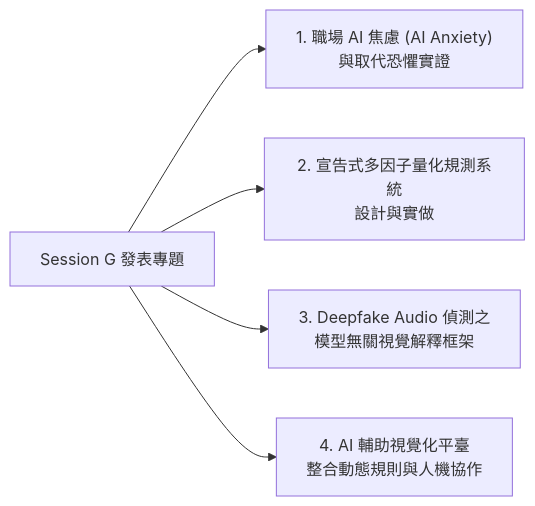
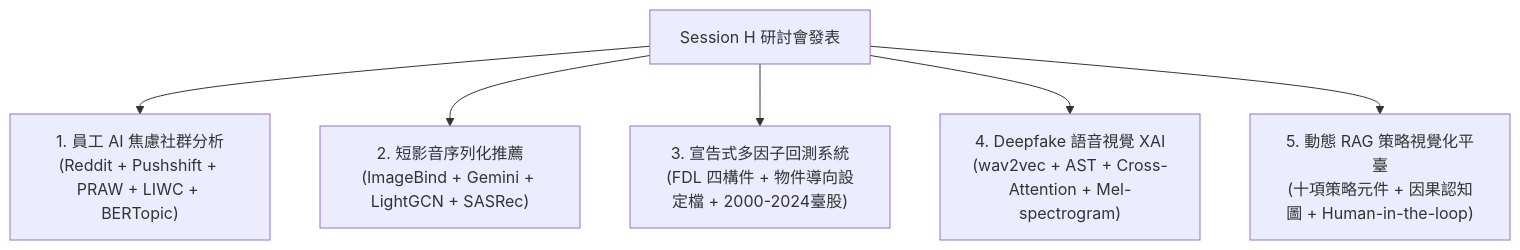
One commit to Youchenjiang/kb-records changed the first of 5 diagrams in 5-Master/20260327-AcademicConference/SessionG-AI焦慮與語音偽造-summary.md. Above: the diagram before and after it, drawn with Mermaid. The commit also changed other lines of this file and 1 other file, not shown here.

Commit message:
docs(conf): overhaul Session H proofread and summary

````diff
--- a/5-Master/20260327-AcademicConference/SessionG-AI焦慮與語音偽造-summary.md
+++ b/5-Master/20260327-AcademicConference/SessionG-AI焦慮與語音偽造-summary.md
@@ -11,7 +17,9 @@
 ```mermaid
-flowchart LR
-    SessionG["Session G 發表專題"] --> P1["1. 職場 AI 焦慮 (AI Anxiety)<br/>與取代恐懼實證"]
-    SessionG --> P2["2. 宣告式多因子量化規測系統<br/>設計與實做"]
-    SessionG --> P3["3. Deepfake Audio 偵測之<br/>模型無關視覺解釋框架"]
-    SessionG --> P4["4. AI 輔助視覺化平臺<br/>整合動態規則與人機協作"]
+flowchart TD
+    SessionH["Session H 研討會發表"]
+    SessionH --> P1["1. 員工 AI 焦慮社群分析<br/>(Reddit + Pushshift + PRAW + LIWC + BERTopic)"]
+    SessionH --> P2["2. 短影音序列化推薦<br/>(ImageBind + Gemini + LightGCN + SASRec)"]
+    SessionH --> P3["3. 宣告式多因子回測系統<br/>(FDL 四構件 + 物件導向設定檔 + 2000-2024臺股)"]
+    SessionH --> P4["4. Deepfake 語音視覺 XAI<br/>(wav2vec + AST + Cross-Attention + Mel-spectrogram)"]
+    SessionH --> P5["5. 動態 RAG 策略視覺化平臺<br/>(十項策略元件 + 因果認知圖 + Human-in-the-loop)"]
 ```
````
